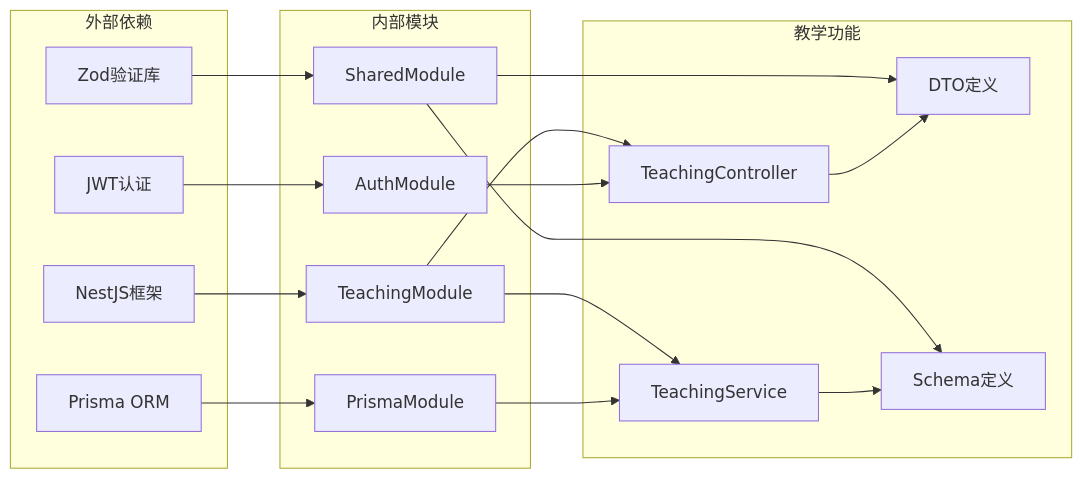
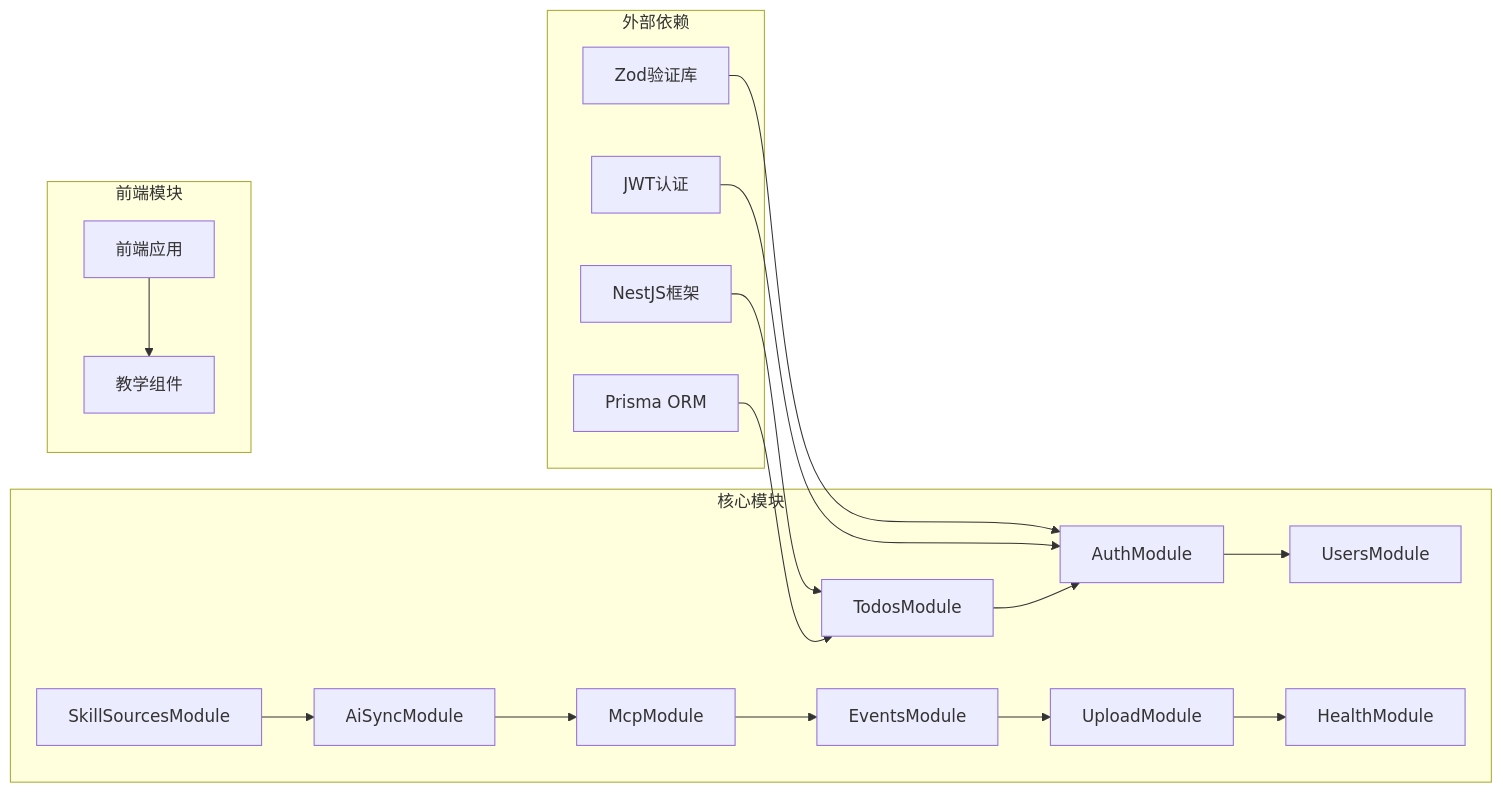
The sixth of 6 diagrams in .qoder/repowiki/zh/content/核心模块/教学模式基础设施.md (xixixiaoyu/Todo), drawn with Mermaid before and after one commit. The commit also changed other lines of this file and 6 other files, not shown here.

````diff
--- a/.qoder/repowiki/zh/content/核心模块/教学模式基础设施.md
+++ b/.qoder/repowiki/zh/content/核心模块/教学模式基础设施.md
@@ -281,33 +236,36 @@
 ```mermaid
 graph LR
 subgraph "外部依赖"
 NestJS[NestJS框架]
 Prisma[Prisma ORM]
 Zod[Zod验证库]
 JWT[JWT认证]
 end
-subgraph "内部模块"
-TeachingModule[TeachingModule]
-PrismaModule[PrismaModule]
+subgraph "核心模块"
+TodosModule[TodosModule]
 AuthModule[AuthModule]
-SharedModule[SharedModule]
+UsersModule[UsersModule]
+SkillSourcesModule[SkillSourcesModule]
+AiSyncModule[AiSyncModule]
+McpModule[McpModule]
+EventsModule[EventsModule]
+UploadModule[UploadModule]
+HealthModule[HealthModule]
 end
-subgraph "教学功能"
-TeachingController[TeachingController]
-TeachingService[TeachingService]
-DTOs[DTO定义]
-Schemas[Schema定义]
+subgraph "前端模块"
+Frontend[前端应用]
+TeachingComponents[教学组件]
 end
-NestJS --> TeachingModule
-Prisma --> PrismaModule
-Zod --> SharedModule
+NestJS --> TodosModule
+Prisma --> TodosModule
+Zod --> AuthModule
 JWT --> AuthModule
-TeachingModule --> TeachingController
-TeachingModule --> TeachingService
-PrismaModule --> TeachingService
-AuthModule --> TeachingController
-SharedModule --> DTOs
-SharedModule --> Schemas
-TeachingController --> DTOs
-TeachingService --> Schemas
+TodosModule --> AuthModule
+AuthModule --> UsersModule
+SkillSourcesModule --> AiSyncModule
+AiSyncModule --> McpModule
+McpModule --> EventsModule
+EventsModule --> UploadModule
+UploadModule --> HealthModule
+Frontend --> TeachingComponents
 ```
````
